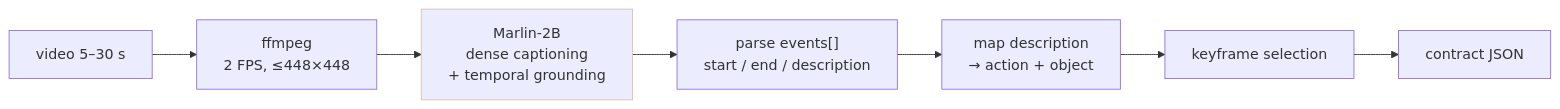
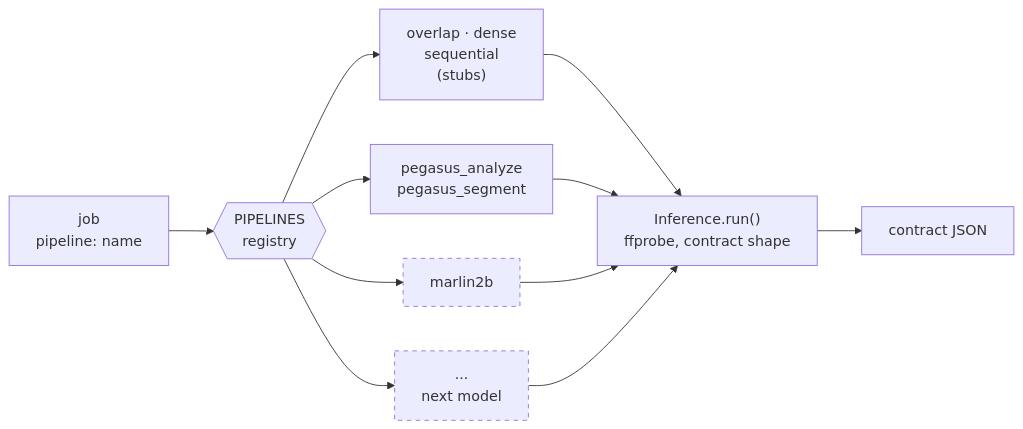
The fourth of 6 diagrams in docs/diagrams.md (sadjava/boundr), drawn with Mermaid before and after one commit. The commit also changed other lines of this file and 3 other files, not shown here.

````diff
--- a/docs/diagrams.md
+++ b/docs/diagrams.md
@@ -86,11 +103,17 @@
 ```mermaid
 flowchart LR
-    V["video 5–30 s"] --> FF["ffmpeg<br/>2 FPS, ≤448×448"]
-    FF --> M["Marlin-2B<br/>dense captioning<br/>+ temporal grounding"]
-    M --> PARSE["parse events[]<br/>start / end / description"]
-    PARSE --> MAP["map description<br/>→ action + object"]
-    MAP --> KF["keyframe selection"]
-    KF --> OUT["contract JSON"]
+    JOB["job<br/>pipeline: name"] --> REG{{"PIPELINES<br/>registry"}}
+    REG --> O["overlap · dense<br/>sequential<br/>(stubs)"]
+    REG --> PG["pegasus_analyze<br/>pegasus_segment"]
+    REG --> MR["marlin2b"]
+    REG --> NEXT["...<br/>next model"]
 
-    style M stroke:#DCC3AA
+    O --> BASE["Inference.run()<br/>ffprobe, contract shape"]
+    PG --> BASE
+    MR --> BASE
+    NEXT --> BASE
+    BASE --> OUT["contract JSON"]
+
+    style MR stroke-dasharray: 5 5
+    style NEXT stroke-dasharray: 5 5
 ```
````
